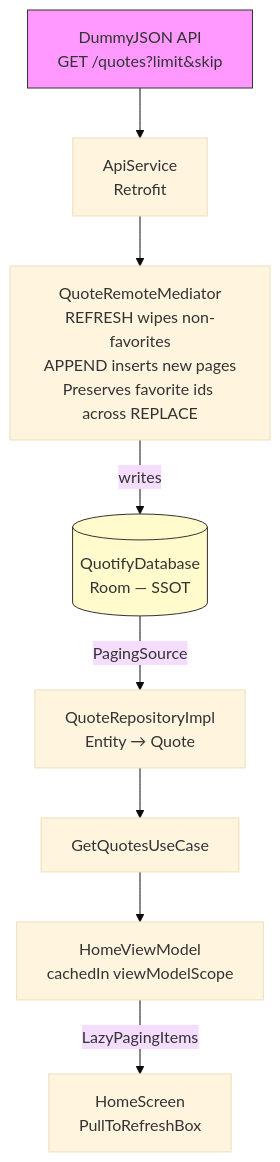
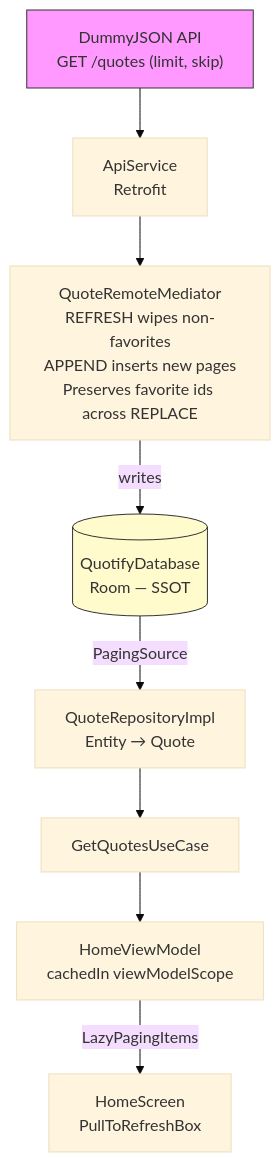
One commit to navneetkaur131995-code/Quotify changed the second of 3 diagrams in README.md. Above: the diagram before and after it, drawn with Mermaid (base theme). The commit also changed other lines of this file and 2 other files, not shown here.

````diff
--- a/README.md
+++ b/README.md
@@ -77,13 +77,13 @@
 ```mermaid
 flowchart TB
-    A[DummyJSON API<br/>GET /quotes?limit&skip] --> B[ApiService<br/>Retrofit]
-    B --> C[QuoteRemoteMediator<br/>REFRESH wipes non-favorites<br/>APPEND inserts new pages<br/>Preserves favorite ids across REPLACE]
-    C -->|writes| D[(QuotifyDatabase<br/>Room — SSOT)]
-    D -->|PagingSource| E[QuoteRepositoryImpl<br/>Entity → Quote]
-    E --> F[GetQuotesUseCase]
-    F --> G[HomeViewModel<br/>cachedIn viewModelScope]
-    G -->|LazyPagingItems| H[HomeScreen<br/>PullToRefreshBox]
+    A["DummyJSON API<br/>GET /quotes (limit, skip)"] --> B["ApiService<br/>Retrofit"]
+    B --> C["QuoteRemoteMediator<br/>REFRESH wipes non-favorites<br/>APPEND inserts new pages<br/>Preserves favorite ids across REPLACE"]
+    C -->|writes| D[("QuotifyDatabase<br/>Room — SSOT")]
+    D -->|PagingSource| E["QuoteRepositoryImpl<br/>Entity → Quote"]
+    E --> F["GetQuotesUseCase"]
+    F --> G["HomeViewModel<br/>cachedIn viewModelScope"]
+    G -->|LazyPagingItems| H["HomeScreen<br/>PullToRefreshBox"]
 
     style A fill:#f9f,stroke:#333
     style D fill:#fffbcc,stroke:#333
 ```
````
